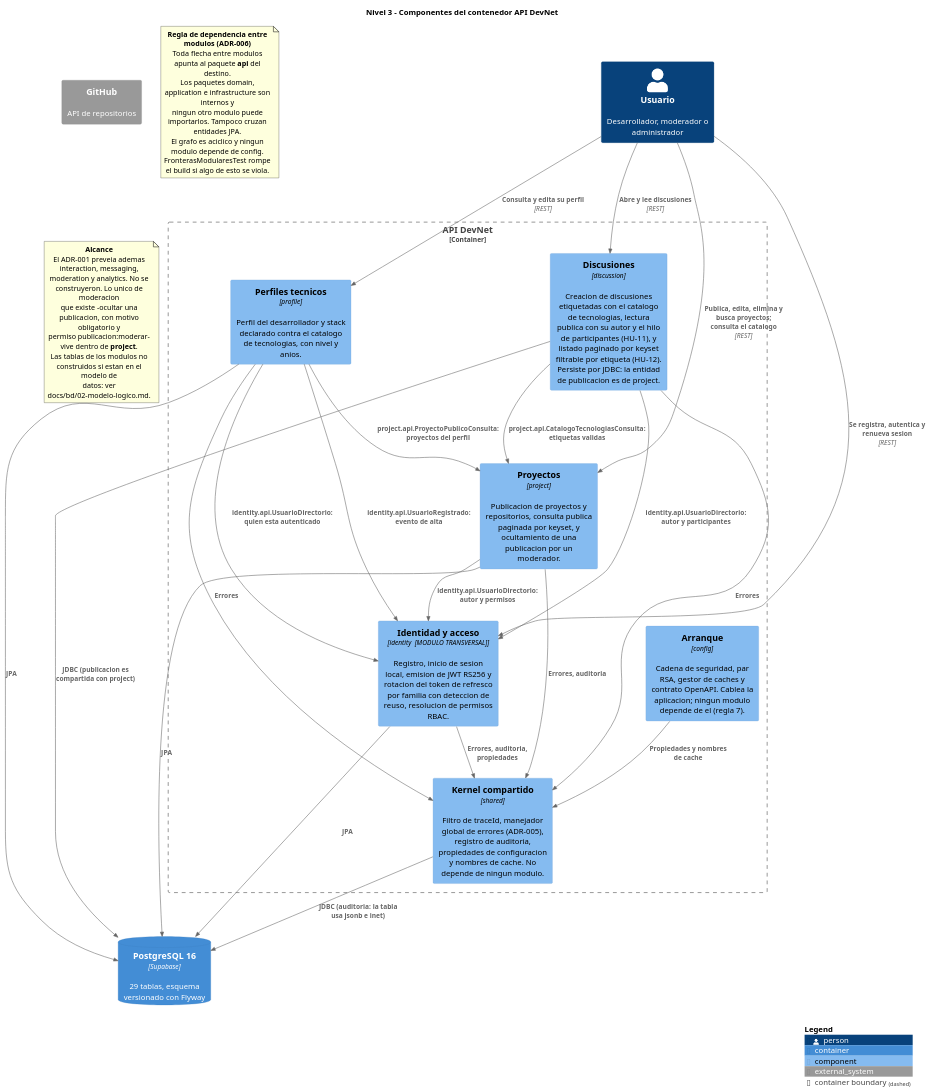
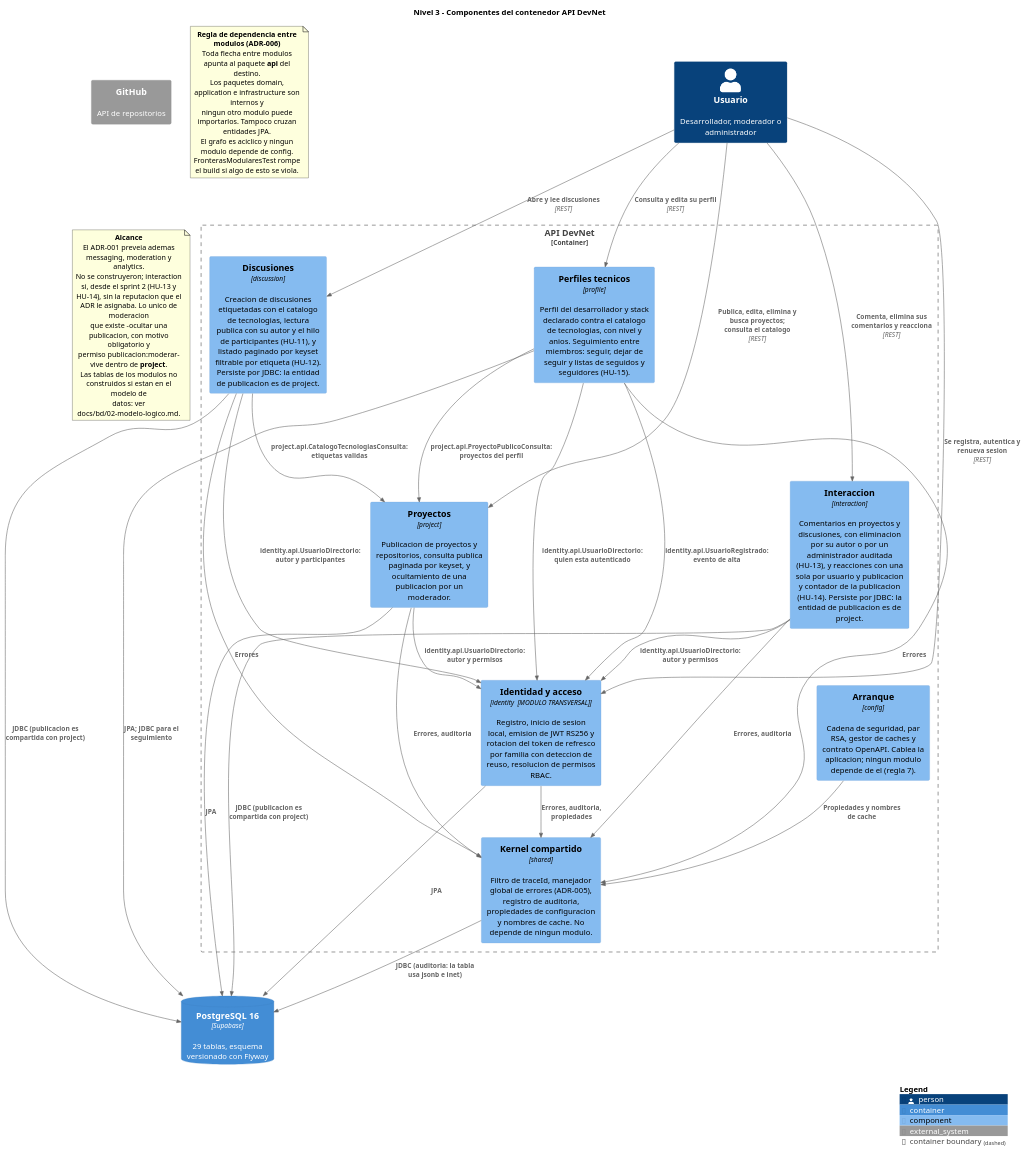
The diagram in docs/arquitectura/c4-03-componentes-api.puml (EAP02/EAP02-Back), drawn with PlantUML before and after one commit. The commit also changed 3 other files, not shown here.

Commit message:
docs: diagramas y ADR-001 reflejan interaction y el seguimiento

```diff
--- a/docs/arquitectura/c4-03-componentes-api.puml
+++ b/docs/arquitectura/c4-03-componentes-api.puml
@@ -1,81 +1,88 @@
 @startuml c4-03-componentes-api
 ' DevNet - Red Social para Desarrolladores
 ' C4 Nivel 3: Componentes dentro del contenedor "API DevNet"
 '
 ' Este diagrama refleja el codigo, no el alcance previsto. Cada caja existe como
 ' paquete bajo com.codefactory.devnet y cada flecha es un import verificable.
 ' El §4.1 exige que los diagramas coincidan con el codigo desplegado.
 '
 ' Sin conexion a internet, reemplazar el include por: !include <C4/C4_Component>
 !include https://raw.githubusercontent.com/plantuml-stdlib/C4-PlantUML/master/C4_Component.puml
 
 title Nivel 3 - Componentes del contenedor API DevNet
 
 Person(usuario, "Usuario", "Desarrollador, moderador o administrador")
 
 Container_Boundary(api, "API DevNet") {
 
     Component(identity, "Identidad y acceso", "identity  [MODULO TRANSVERSAL]", "Registro, inicio de sesion local, emision de JWT RS256 y rotacion del token de refresco por familia con deteccion de reuso, resolucion de permisos RBAC.")
 
-    Component(profile, "Perfiles tecnicos", "profile", "Perfil del desarrollador y stack declarado contra el catalogo de tecnologias, con nivel y anios.")
+    Component(profile, "Perfiles tecnicos", "profile", "Perfil del desarrollador y stack declarado contra el catalogo de tecnologias, con nivel y anios. Seguimiento entre miembros: seguir, dejar de seguir y listas de seguidos y seguidores (HU-15).")
 
     Component(project, "Proyectos", "project", "Publicacion de proyectos y repositorios, consulta publica paginada por keyset, y ocultamiento de una publicacion por un moderador.")
 
     Component(discussion, "Discusiones", "discussion", "Creacion de discusiones etiquetadas con el catalogo de tecnologias, lectura publica con su autor y el hilo de participantes (HU-11), y listado paginado por keyset filtrable por etiqueta (HU-12). Persiste por JDBC: la entidad de publicacion es de project.")
+
+    Component(interaction, "Interaccion", "interaction", "Comentarios en proyectos y discusiones, con eliminacion por su autor o por un administrador auditada (HU-13), y reacciones con una sola por usuario y publicacion y contador de la publicacion (HU-14). Persiste por JDBC: la entidad de publicacion es de project.")
 
     Component(shared, "Kernel compartido", "shared", "Filtro de traceId, manejador global de errores (ADR-005), registro de auditoria, propiedades de configuracion y nombres de cache. No depende de ningun modulo.")
 
     Component(config, "Arranque", "config", "Cadena de seguridad, par RSA, gestor de caches y contrato OpenAPI. Cablea la aplicacion; ningun modulo depende de el (regla 7).")
 }
 
 ContainerDb(bd, "PostgreSQL 16", "Supabase", "29 tablas, esquema versionado con Flyway")
 System_Ext(github, "GitHub", "API de repositorios")
 
 Rel(usuario, identity, "Se registra, autentica y renueva sesion", "REST")
 Rel(usuario, profile, "Consulta y edita su perfil", "REST")
 Rel(usuario, project, "Publica, edita, elimina y busca proyectos; consulta el catalogo", "REST")
 Rel(usuario, discussion, "Abre y lee discusiones", "REST")
+Rel(usuario, interaction, "Comenta, elimina sus comentarios y reacciona", "REST")
 
 ' --- Dependencias entre modulos. Siempre hacia el paquete api del destino (ADR-006).
 Rel_D(profile, identity, "identity.api.UsuarioDirectorio: quien esta autenticado")
 Rel_D(profile, identity, "identity.api.UsuarioRegistrado: evento de alta")
 Rel_D(profile, project, "project.api.ProyectoPublicoConsulta: proyectos del perfil")
 Rel_D(project, identity, "identity.api.UsuarioDirectorio: autor y permisos")
 Rel_D(discussion, identity, "identity.api.UsuarioDirectorio: autor y participantes")
 Rel_D(discussion, project, "project.api.CatalogoTecnologiasConsulta: etiquetas validas")
+Rel_D(interaction, identity, "identity.api.UsuarioDirectorio: autor y permisos")
 
 ' --- Todos los modulos consumen el kernel.
 Rel_D(identity, shared, "Errores, auditoria, propiedades")
 Rel_D(profile, shared, "Errores")
 Rel_D(project, shared, "Errores, auditoria")
 Rel_D(discussion, shared, "Errores")
+Rel_D(interaction, shared, "Errores, auditoria")
 Rel_D(config, shared, "Propiedades y nombres de cache")
 
 Rel(identity, bd, "JPA")
-Rel(profile, bd, "JPA")
+Rel(profile, bd, "JPA; JDBC para el seguimiento")
 Rel(project, bd, "JPA")
 Rel(discussion, bd, "JDBC (publicacion es compartida con project)")
+Rel(interaction, bd, "JDBC (publicacion es compartida con project)")
 Rel(shared, bd, "JDBC (auditoria: la tabla usa jsonb e inet)")
 
 SHOW_LEGEND()
 
 note as N1
   <b>Regla de dependencia entre modulos (ADR-006)</b>
   Toda flecha entre modulos apunta al paquete <b>api</b> del destino.
   Los paquetes domain, application e infrastructure son internos y
   ningun otro modulo puede importarlos. Tampoco cruzan entidades JPA.
   El grafo es aciclico y ningun modulo depende de config.
   FronterasModularesTest rompe el build si algo de esto se viola.
 end note
 
 note as N2
   <b>Alcance</b>
-  El ADR-001 preveia ademas interaction, messaging,
-  moderation y analytics. No se construyeron. Lo unico de moderacion
+  El ADR-001 preveia ademas messaging, moderation y analytics.
+  No se construyeron; interaction si, desde el sprint 2 (HU-13 y
+  HU-14), sin la reputacion que el ADR le asignaba. Lo unico de moderacion
   que existe -ocultar una publicacion, con motivo obligatorio y
   permiso publicacion:moderar- vive dentro de <b>project</b>.
   Las tablas de los modulos no construidos si estan en el modelo de
   datos: ver docs/bd/02-modelo-logico.md.
 end note
 
 @enduml
```
